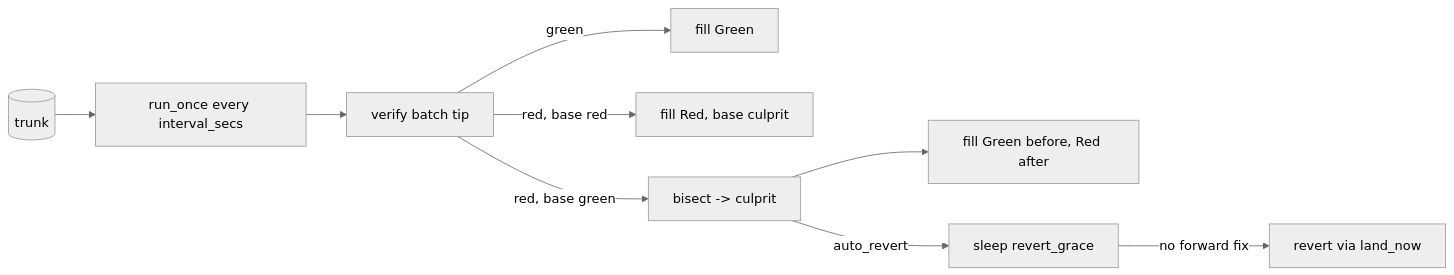
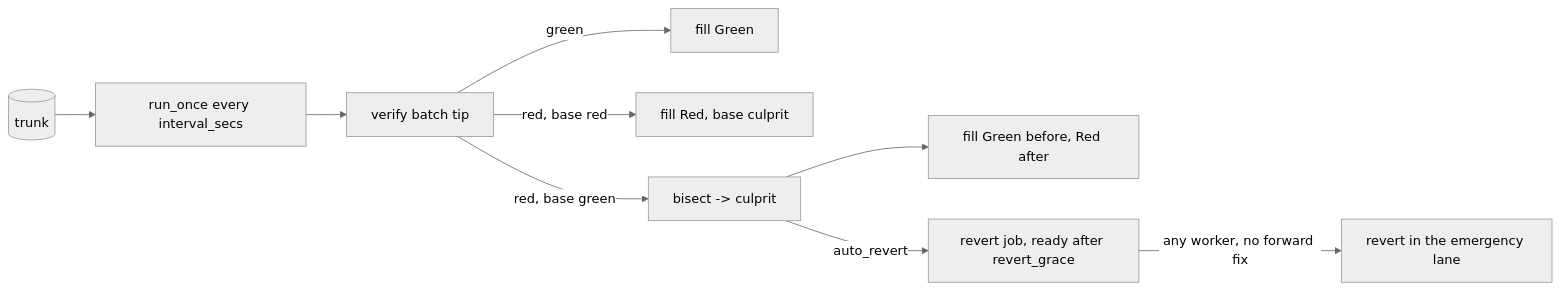
One commit to envoy1084/rill changed the diagram in architecture/04-workflow/post-land-verification.md. Above: the diagram before and after it, drawn with Mermaid (neutral theme). The commit also changed other lines of this file and 13 other files, not shown here.

First line of the commit message:
lander,api: post-land v0: revert jobs, cursor CAS, k-ary bisection

````diff
--- a/architecture/04-workflow/post-land-verification.md
+++ b/architecture/04-workflow/post-land-verification.md
@@ -9,11 +9,11 @@
 ```mermaid
 flowchart LR
     T[(trunk)] --> W[run_once every interval_secs]
     W --> V[verify batch tip]
     V -->|green| G[fill Green]
     V -->|red, base red| R[fill Red, base culprit]
     V -->|red, base green| B[bisect -> culprit]
     B --> F[fill Green before, Red after]
-    B -->|auto_revert| AR[sleep revert_grace]
-    AR -->|no forward fix| RV[revert via land_now]
+    B -->|auto_revert| AR[revert job, ready after revert_grace]
+    AR -->|any worker, no forward fix| RV[revert in the emergency lane]
 ```
````
